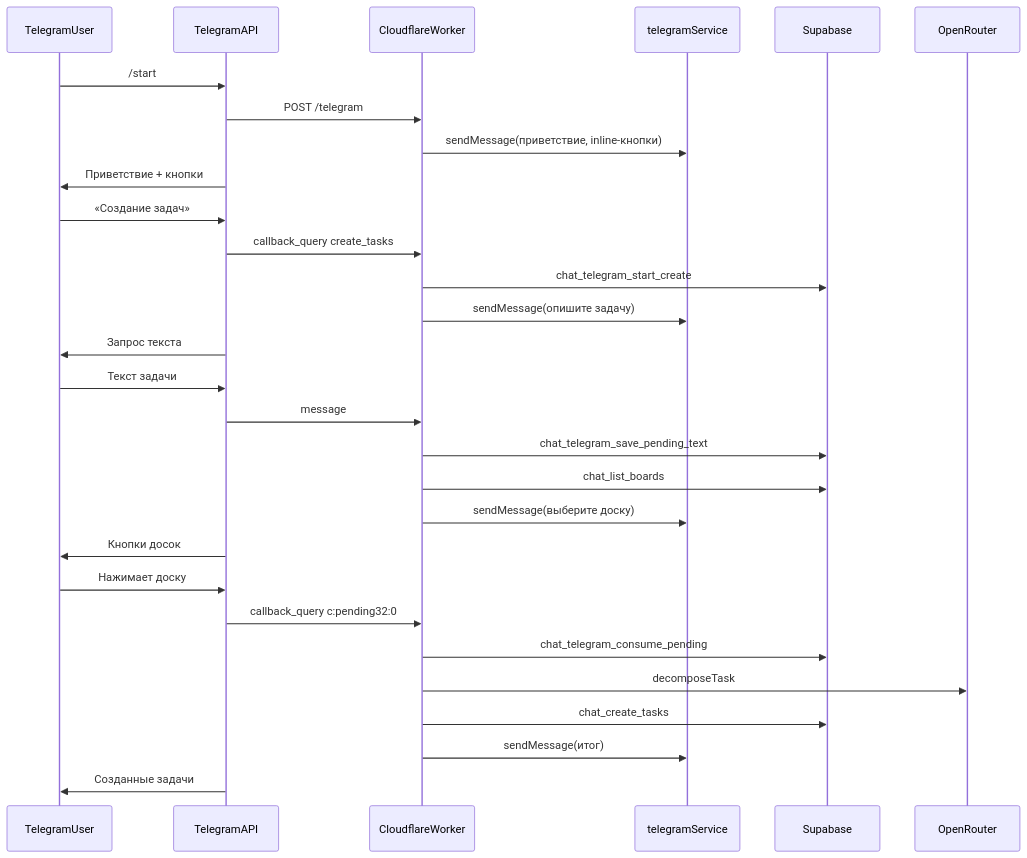
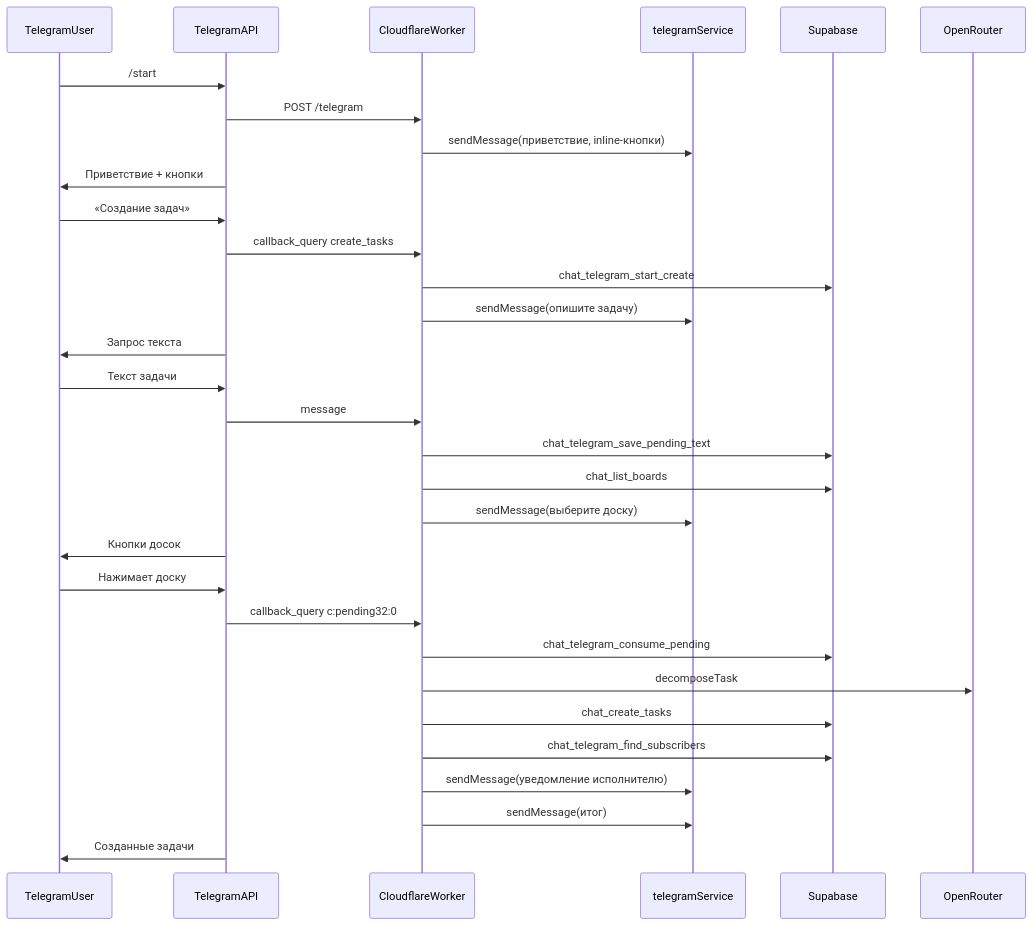
Before and after one commit to 5390by-eng/backend: the first of 2 diagrams in docs/commit-telegram-bot.md, drawn with Mermaid. The commit also changed other lines of this file and 11 other files, not shown here.

````diff
--- a/docs/commit-telegram-bot.md
+++ b/docs/commit-telegram-bot.md
@@ -91,35 +123,37 @@
 ```mermaid
 sequenceDiagram
     participant User as TelegramUser
     participant TG as TelegramAPI
     participant Worker as CloudflareWorker
     participant Service as telegramService
     participant Supabase as Supabase
     participant OpenRouter as OpenRouter
 
     User->>TG: /start
     TG->>Worker: POST /telegram
     Worker->>Service: sendMessage(приветствие, inline-кнопки)
     TG->>User: Приветствие + кнопки
 
     User->>TG: «Создание задач»
     TG->>Worker: callback_query create_tasks
     Worker->>Supabase: chat_telegram_start_create
     Worker->>Service: sendMessage(опишите задачу)
     TG->>User: Запрос текста
 
     User->>TG: Текст задачи
     TG->>Worker: message
     Worker->>Supabase: chat_telegram_save_pending_text
     Worker->>Supabase: chat_list_boards
     Worker->>Service: sendMessage(выберите доску)
     TG->>User: Кнопки досок
 
     User->>TG: Нажимает доску
     TG->>Worker: callback_query c:pending32:0
     Worker->>Supabase: chat_telegram_consume_pending
     Worker->>OpenRouter: decomposeTask
     Worker->>Supabase: chat_create_tasks
+    Worker->>Supabase: chat_telegram_find_subscribers
+    Worker->>Service: sendMessage(уведомление исполнителю)
     Worker->>Service: sendMessage(итог)
     TG->>User: Созданные задачи
 ```
````
